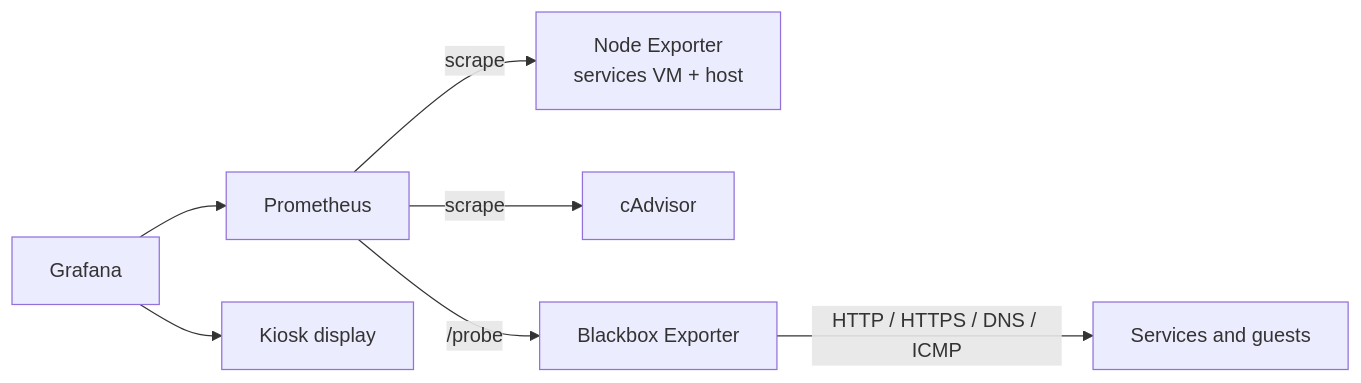
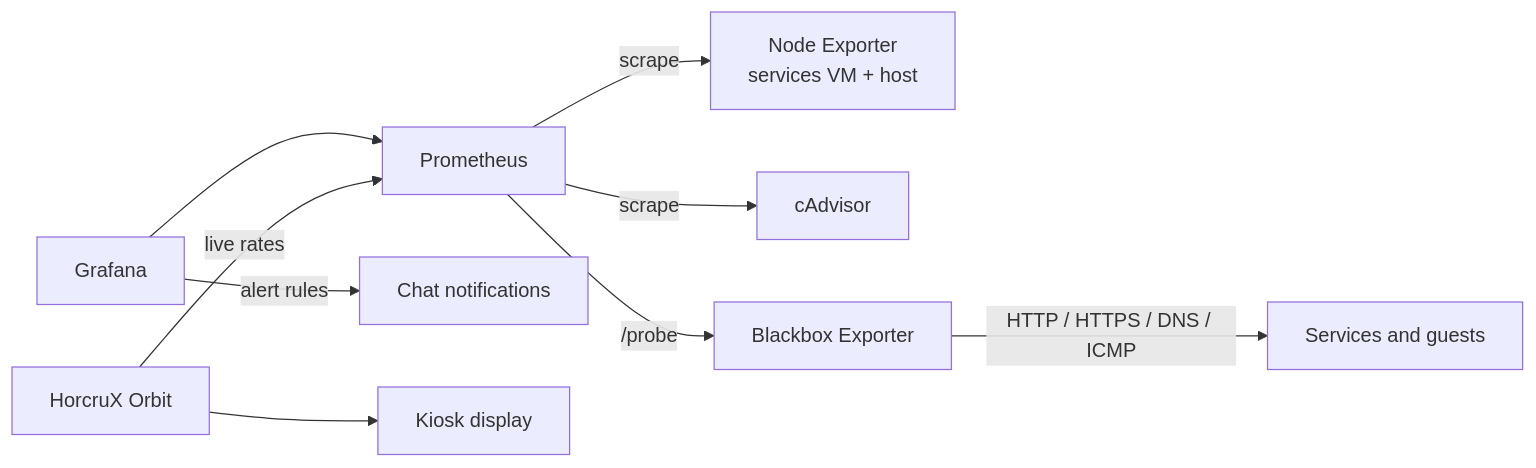
One commit to Pneumatocyst/horcrux-homelab-showcase changed the diagram in docs/monitoring.md. Above: the diagram before and after it, drawn with Mermaid. The commit also changed other lines of this file and 4 other files, not shown here.

First line of the commit message:
Add October 2026 case study; update for backups and Orbit kiosk

````diff
--- a/docs/monitoring.md
+++ b/docs/monitoring.md
@@ -5,9 +5,11 @@
 ```mermaid
 flowchart LR
     P[Prometheus] -->|scrape| NE[Node Exporter<br/>services VM + host]
     P -->|scrape| CA[cAdvisor]
     P -->|/probe| BB[Blackbox Exporter]
     BB -->|HTTP / HTTPS / DNS / ICMP| S[Services and guests]
     G[Grafana] --> P
-    G --> K[Kiosk display]
+    G -->|alert rules| A[Chat notifications]
+    O[HorcruX Orbit] -->|live rates| P
+    O --> K[Kiosk display]
 ```
````
